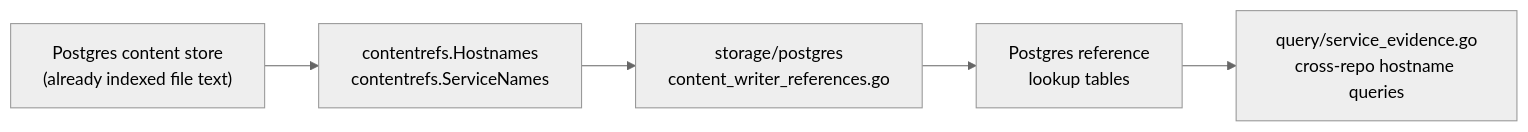
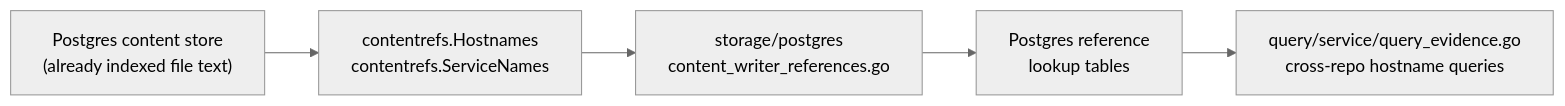
Before and after one commit to eshu-hq/eshu: the diagram in go/internal/contentrefs/README.md, drawn with Mermaid (neutral theme). The commit also changed 81 other files, not shown here.

First line of the commit message:
6642 Part D: drop the service_ file-name prefixes under query/service (#6060)

````diff
--- a/go/internal/contentrefs/README.md
+++ b/go/internal/contentrefs/README.md
@@ -15,7 +15,7 @@
 ```mermaid
 flowchart LR
   A["Postgres content store\n(already indexed file text)"] --> B["contentrefs.Hostnames\ncontentrefs.ServiceNames"]
   B --> C["storage/postgres\ncontent_writer_references.go"]
   C --> D["Postgres reference\nlookup tables"]
-  D --> E["query/service_evidence.go\ncross-repo hostname queries"]
+  D --> E["query/service/query_evidence.go\ncross-repo hostname queries"]
 ```
````
